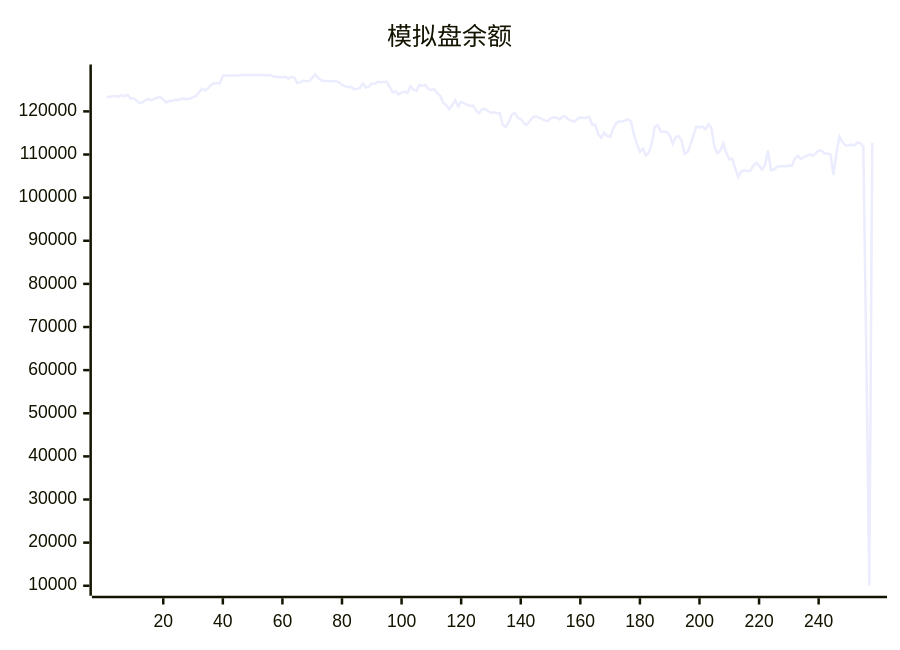
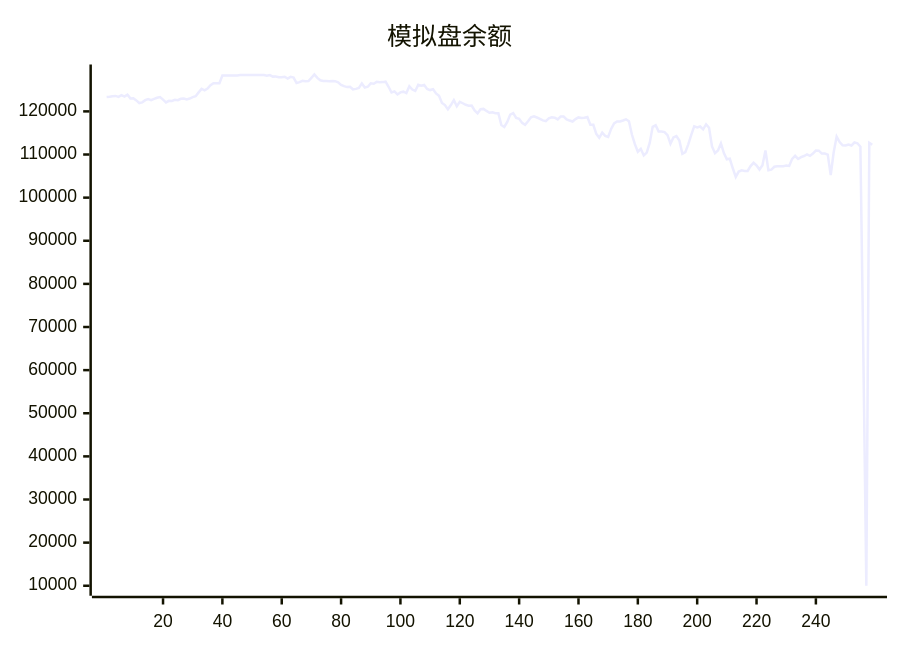
The diagram in README.md (aahl/ai-trading), drawn with Mermaid before and after one commit. The commit also changed other lines of this file and 1 other file, not shown here.

Commit message:
📈 Auto Trading Result

````diff
--- a/README.md
+++ b/README.md
@@ -5,5 +5,5 @@
 ```mermaid
 xychart
     title "模拟盘余额"
-    line [123338,123402,123530,123592,123378,123745,123413,123853,123009,123040,122557,121938,122095,122599,122856,122597,122898,123160,123319,122719,122087,122454,122416,122685,122592,122907,122961,122776,122981,123295,123507,124403,125224,124894,125303,126088,126544,126534,126549,128335,128318,128318,128318,128318,128318,128424,128424,128424,128424,128424,128424,128424,128424,128424,128247,128412,128062,128087,127917,127901,128026,127611,128000,127850,126572,126770,127100,126971,127029,127783,128554,127765,127224,127064,127044,127009,127025,127004,126738,126152,125871,125635,125707,125117,125217,125420,126480,125545,125715,126511,126424,126856,126764,126788,126890,125710,124381,124632,123936,124402,124574,124256,125833,125070,124739,126154,125966,126145,125213,124943,125143,124157,123604,121959,121476,120476,121470,122610,121201,122221,121889,121522,121332,121344,120232,119559,120513,120577,120108,119680,119777,119572,119568,116839,116392,117573,119250,119585,118469,118277,117338,116897,117706,118628,118849,118579,118280,117926,117735,118373,118639,118544,118136,118798,118819,118162,117874,117649,118215,118601,118463,118517,118713,116911,116899,114798,113887,115084,114313,114091,115934,117221,117658,117658,117883,118164,117693,114632,112403,110644,111313,109777,110444,112673,116419,116772,115355,115355,115198,114476,112510,113954,114276,113223,110151,110561,112361,114562,116522,116265,116500,115845,117000,116199,111887,110306,110942,112588,110318,108891,109011,106814,104811,106038,106327,106201,106180,107315,108068,107463,106528,107530,110941,106346,106482,107161,107268,107270,107302,107426,107340,108985,109681,108962,109404,109645,110030,109680,110214,110918,110897,110215,110212,109962,105235,110525,114151,112895,112137,112083,112329,112094,112784,112613,111829,63445,10000,112734]
+    line [123338,123402,123530,123592,123378,123745,123413,123853,123009,123040,122557,121938,122095,122599,122856,122597,122898,123160,123319,122719,122087,122454,122416,122685,122592,122907,122961,122776,122981,123295,123507,124403,125224,124894,125303,126088,126544,126534,126549,128335,128318,128318,128318,128318,128318,128424,128424,128424,128424,128424,128424,128424,128424,128424,128247,128412,128062,128087,127917,127901,128026,127611,128000,127850,126572,126770,127100,126971,127029,127783,128554,127765,127224,127064,127044,127009,127025,127004,126738,126152,125871,125635,125707,125117,125217,125420,126480,125545,125715,126511,126424,126856,126764,126788,126890,125710,124381,124632,123936,124402,124574,124256,125833,125070,124739,126154,125966,126145,125213,124943,125143,124157,123604,121959,121476,120476,121470,122610,121201,122221,121889,121522,121332,121344,120232,119559,120513,120577,120108,119680,119777,119572,119568,116839,116392,117573,119250,119585,118469,118277,117338,116897,117706,118628,118849,118579,118280,117926,117735,118373,118639,118544,118136,118798,118819,118162,117874,117649,118215,118601,118463,118517,118713,116911,116899,114798,113887,115084,114313,114091,115934,117221,117658,117658,117883,118164,117693,114632,112403,110644,111313,109777,110444,112673,116419,116772,115355,115355,115198,114476,112510,113954,114276,113223,110151,110561,112361,114562,116522,116265,116500,115845,117000,116199,111887,110306,110942,112588,110318,108891,109011,106814,104811,106038,106327,106201,106180,107315,108068,107463,106528,107530,110941,106346,106482,107161,107268,107270,107302,107426,107340,108985,109681,108962,109404,109645,110030,109680,110214,110918,110897,110215,110212,109962,105235,110525,114151,112895,112137,112083,112329,112094,112784,112613,111829,63445,10000,112734,112268]
 ```
````
